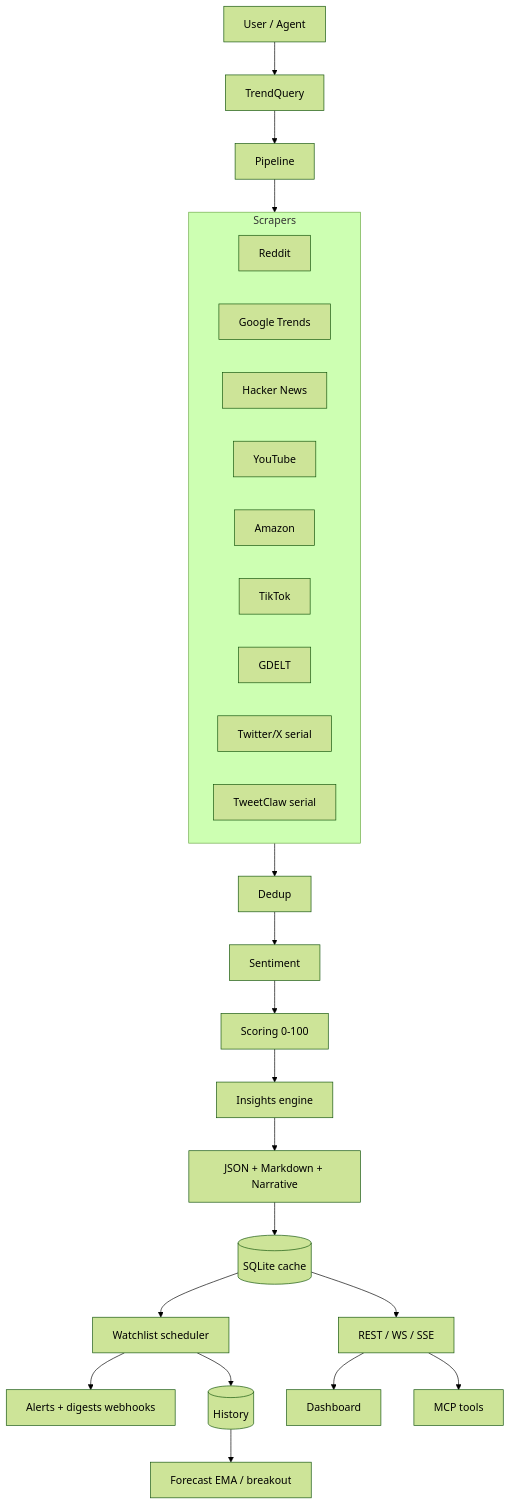
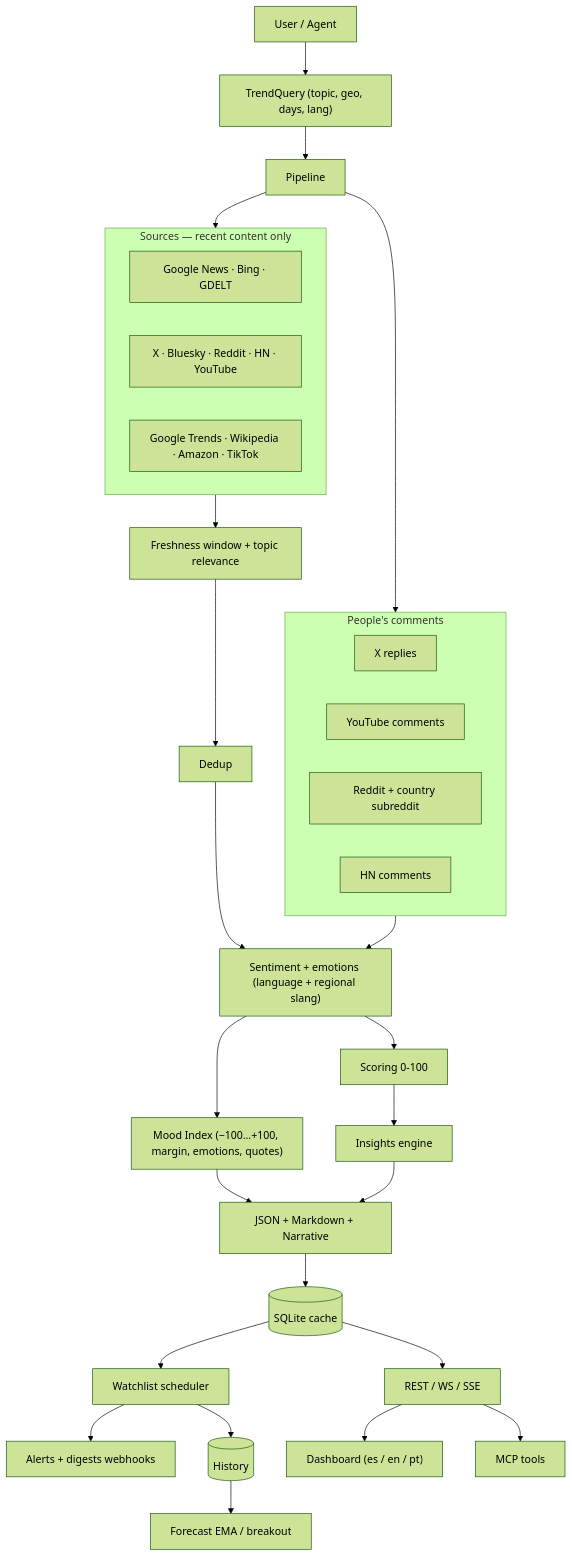
One commit to mamboyepez17/trendscope changed the diagram in README.md. Above: the diagram before and after it, drawn with Mermaid (forest theme). The commit also changed other lines of this file and 1 other file, not shown here.

First line of the commit message:
docs: update README and SKILL.md (English) for the Mood Index, comments and i18n

````diff
--- a/README.md
+++ b/README.md
@@ -461,30 +499,35 @@
 ```mermaid
 flowchart TD
-  U[User / Agent] --> Q[TrendQuery]
+  U[User / Agent] --> Q["TrendQuery (topic, geo, days, lang)"]
   Q --> P[Pipeline]
-  subgraph scrapers [Scrapers]
-    R[Reddit]
-    G[Google Trends]
-    H[Hacker News]
-    Y[YouTube]
-    A[Amazon]
-    T[TikTok]
-    GD[GDELT]
-    X[Twitter/X serial]
-    TC[TweetClaw serial]
+  subgraph sources [Sources — recent content only]
+    N[Google News · Bing · GDELT]
+    S[X · Bluesky · Reddit · HN · YouTube]
+    O[Google Trends · Wikipedia · Amazon · TikTok]
   end
-  P --> scrapers
-  scrapers --> D[Dedup]
-  D --> S[Sentiment]
-  S --> SC[Scoring 0-100]
+  subgraph comments [People's comments]
+    XR[X replies]
+    YC[YouTube comments]
+    RC[Reddit + country subreddit]
+    HC[HN comments]
+  end
+  P --> sources
+  P --> comments
+  sources --> F[Freshness window + topic relevance]
+  F --> D[Dedup]
+  D --> SE["Sentiment + emotions (language + regional slang)"]
+  comments --> SE
+  SE --> SC[Scoring 0-100]
+  SE --> MI["Mood Index (−100…+100, margin, emotions, quotes)"]
   SC --> I[Insights engine]
-  I --> OUT[JSON + Markdown + Narrative]
+  MI --> OUT[JSON + Markdown + Narrative]
+  I --> OUT
   OUT --> CACHE[(SQLite cache)]
   CACHE --> API[REST / WS / SSE]
   CACHE --> W[Watchlist scheduler]
   W --> AL[Alerts + digests webhooks]
   W --> HIST[(History)]
-  HIST --> F[Forecast EMA / breakout]
-  API --> DASH[Dashboard]
+  HIST --> FC[Forecast EMA / breakout]
+  API --> DASH["Dashboard (es / en / pt)"]
   API --> MCP[MCP tools]
 ```
````
